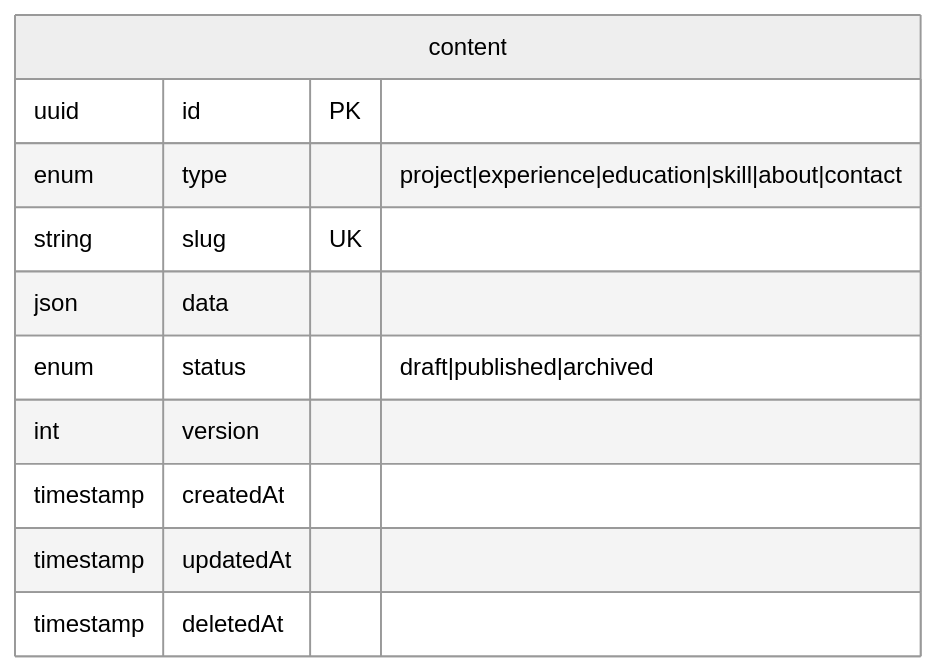
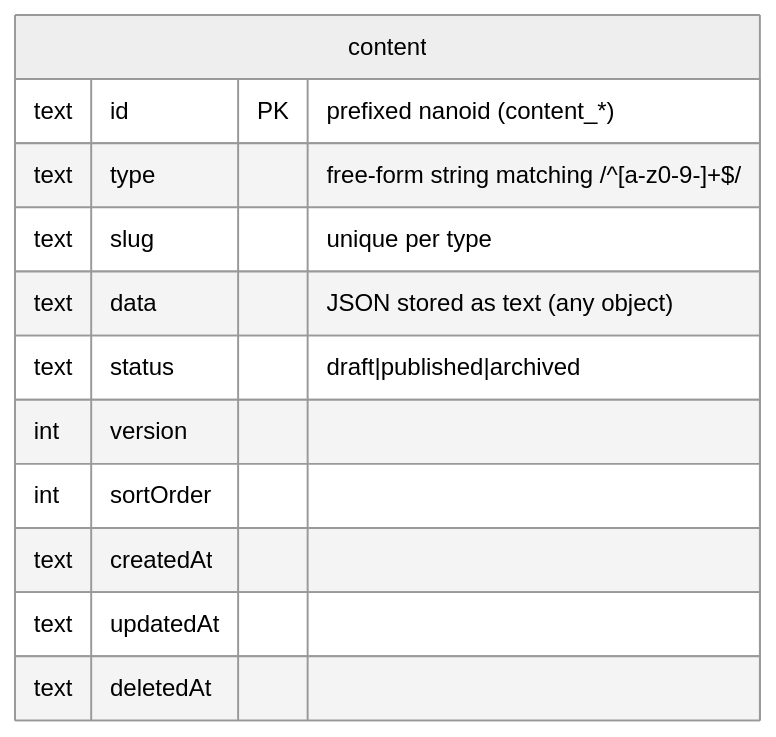
One commit to spencerjireh/folionaut changed the diagram in docs-site/architecture/content-model.md. Above: the diagram before and after it, drawn with Mermaid (neutral theme). The commit also changed other lines of this file and 7 other files, not shown here.

First line of the commit message:
docs: update documentation for flexible content type system

````diff
--- a/docs-site/architecture/content-model.md
+++ b/docs-site/architecture/content-model.md
@@ -14,14 +14,15 @@
 ```mermaid
 erDiagram
     content {
-        uuid id PK
-        enum type "project|experience|education|skill|about|contact"
-        string slug UK
-        json data
-        enum status "draft|published|archived"
+        text id PK "prefixed nanoid (content_*)"
+        text type "free-form string matching /^[a-z0-9-]+$/"
+        text slug "unique per type"
+        text data "JSON stored as text (any object)"
+        text status "draft|published|archived"
         int version
-        timestamp createdAt
-        timestamp updatedAt
-        timestamp deletedAt
+        int sortOrder
+        text createdAt
+        text updatedAt
+        text deletedAt
     }
 ```
````
